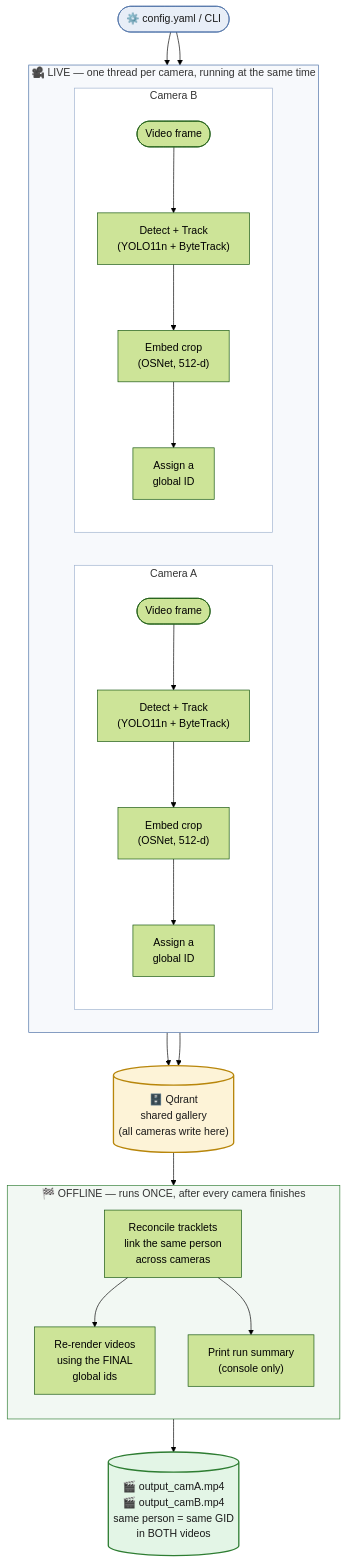
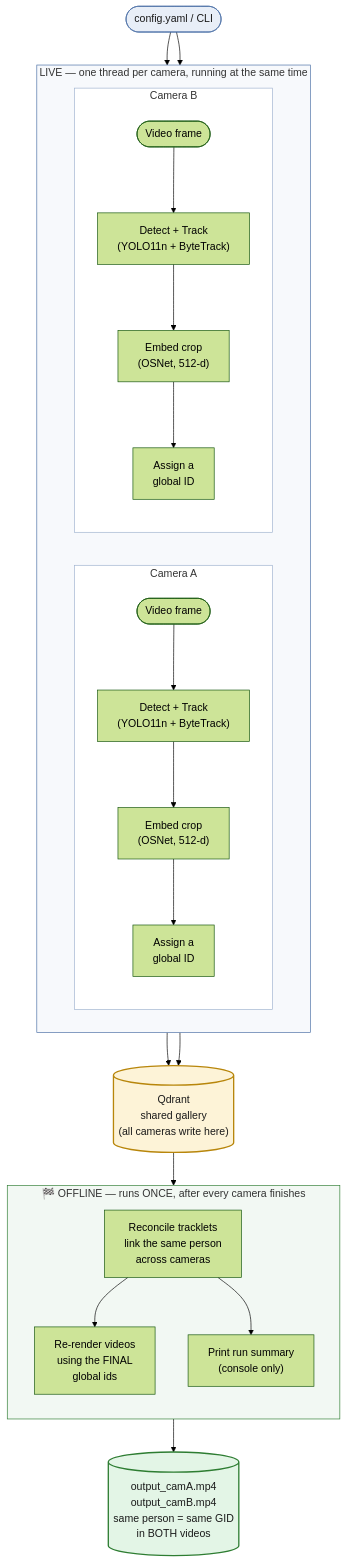
One commit to seif744/PersonReID changed the diagram in README.md. Above: the diagram before and after it, drawn with Mermaid (forest theme). The commit also changed 5 other files, not shown here.

````diff
--- a/README.md
+++ b/README.md
@@ -15,44 +15,44 @@
 ```mermaid
 flowchart TD
-    CFG(["⚙️ config.yaml / CLI"]) --> A1 & B1
+    CFG([" config.yaml / CLI"]) --> A1 & B1
 
-    subgraph LIVE["🎥 LIVE — one thread per camera, running at the same time"]
+    subgraph LIVE["LIVE — one thread per camera, running at the same time"]
         direction LR
         subgraph CAM_A["Camera A"]
             direction TB
             A1(["Video frame"]) --> A2["Detect + Track\n(YOLO11n + ByteTrack)"]
             A2 --> A3["Embed crop\n(OSNet, 512-d)"]
             A3 --> A4["Assign a\nglobal ID"]
         end
         subgraph CAM_B["Camera B"]
             direction TB
             B1(["Video frame"]) --> B2["Detect + Track\n(YOLO11n + ByteTrack)"]
             B2 --> B3["Embed crop\n(OSNet, 512-d)"]
             B3 --> B4["Assign a\nglobal ID"]
         end
     end
 
     A4 --> QD
     B4 --> QD
 
-    QD[("🗄️ Qdrant\nshared gallery\n(all cameras write here)")]
+    QD[("Qdrant\nshared gallery\n(all cameras write here)")]
 
     QD --> RECON
 
     subgraph FINAL["🏁 OFFLINE — runs ONCE, after every camera finishes"]
         direction TB
         RECON["Reconcile tracklets\nlink the same person\nacross cameras"]
         RECON --> RENDER["Re-render videos\nusing the FINAL\nglobal ids"]
         RECON --> SUMMARY["Print run summary\n(console only)"]
     end
 
-    RENDER --> OUT[("🎬 output_camA.mp4\n🎬 output_camB.mp4\nsame person = same GID\nin BOTH videos")]
+    RENDER --> OUT[("output_camA.mp4\n output_camB.mp4\nsame person = same GID\nin BOTH videos")]
 
     style CFG fill:#e8eef7,stroke:#4a6fa5,color:#1a1a1a
     style QD fill:#fdf3d7,stroke:#b8860b,color:#1a1a1a,stroke-width:2px
     style OUT fill:#e3f5e6,stroke:#2e7d32,color:#1a1a1a,stroke-width:2px
     style LIVE fill:#f7f9fc,stroke:#4a6fa5
     style FINAL fill:#f2f8f3,stroke:#2e7d32
     style CAM_A fill:#ffffff,stroke:#9fb3cf
     style CAM_B fill:#ffffff,stroke:#9fb3cf
 ```
````
